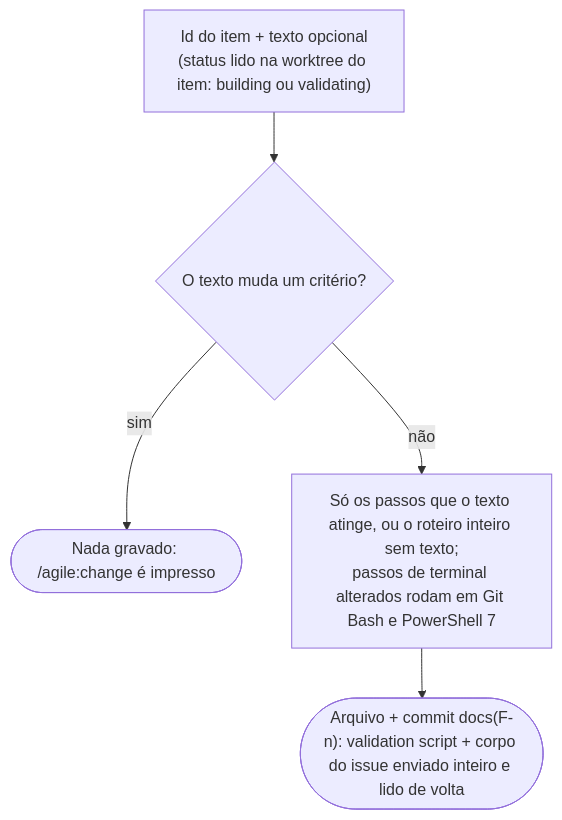
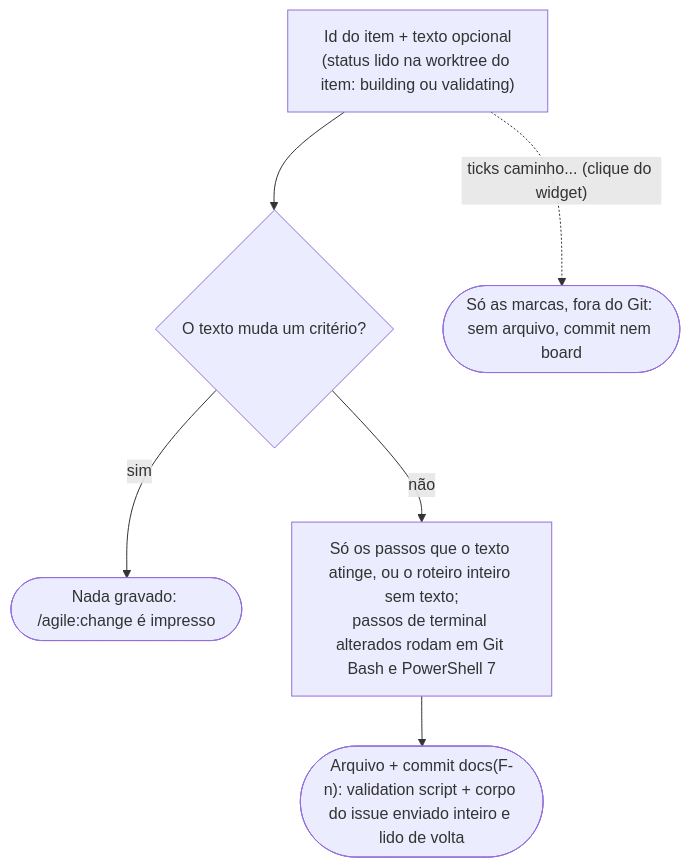
Diagram 12 of 24 in docs/agile/workflow.pt-BR.md (alexcanario/simulab), drawn with Mermaid before and after one commit. The commit also changed other lines of this file and 6 other files, not shown here.

````diff
--- a/docs/agile/workflow.pt-BR.md
+++ b/docs/agile/workflow.pt-BR.md
@@ -1106,7 +1108,8 @@
 ```mermaid
 flowchart TD
     A["Id do item + texto opcional<br/>(status lido na worktree do item: building ou validating)"] --> B{"O texto muda um critério?"}
     B -->|sim| C(["Nada gravado: /agile:change é impresso"])
     B -->|não| D["Só os passos que o texto atinge, ou o roteiro inteiro sem texto;<br/>passos de terminal alterados rodam em Git Bash e PowerShell 7"]
     D --> E(["Arquivo + commit docs(F-n): validation script + corpo do issue enviado inteiro e lido de volta"])
+    A -.->|"ticks caminho... (clique do widget)"| T(["Só as marcas, fora do Git: sem arquivo, commit nem board"])
 ```
````
